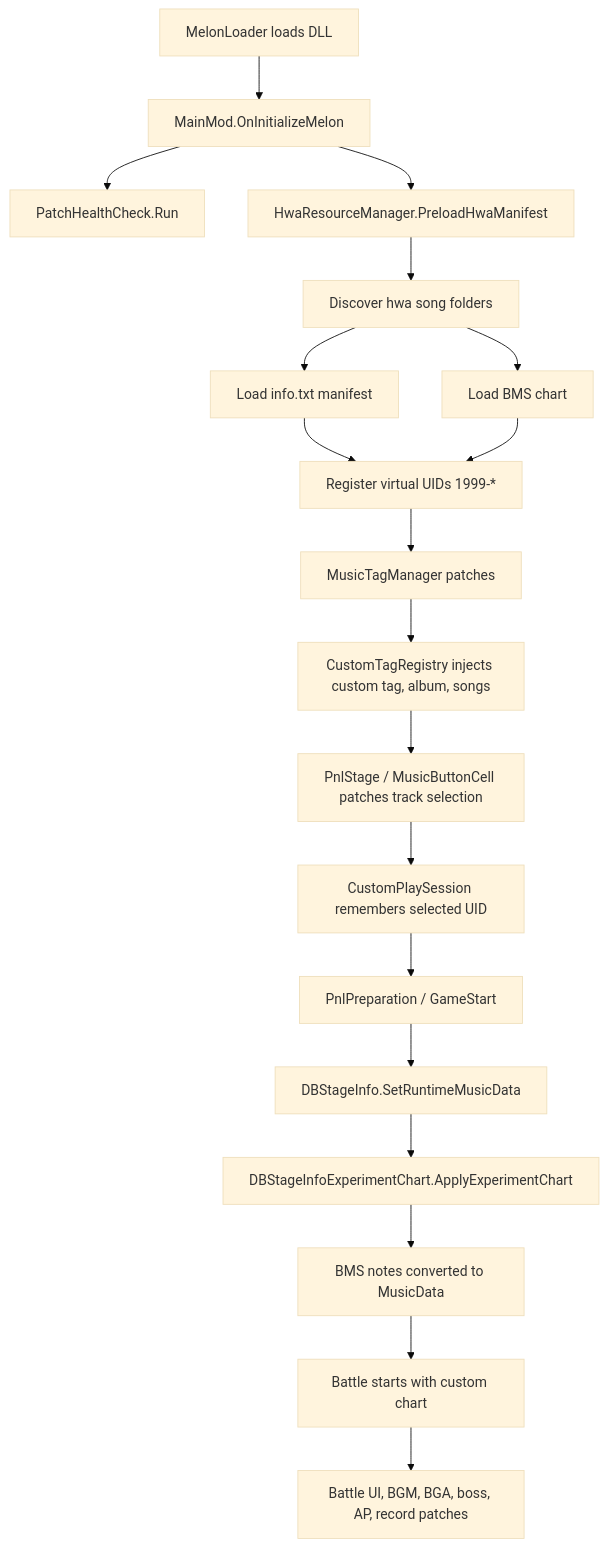
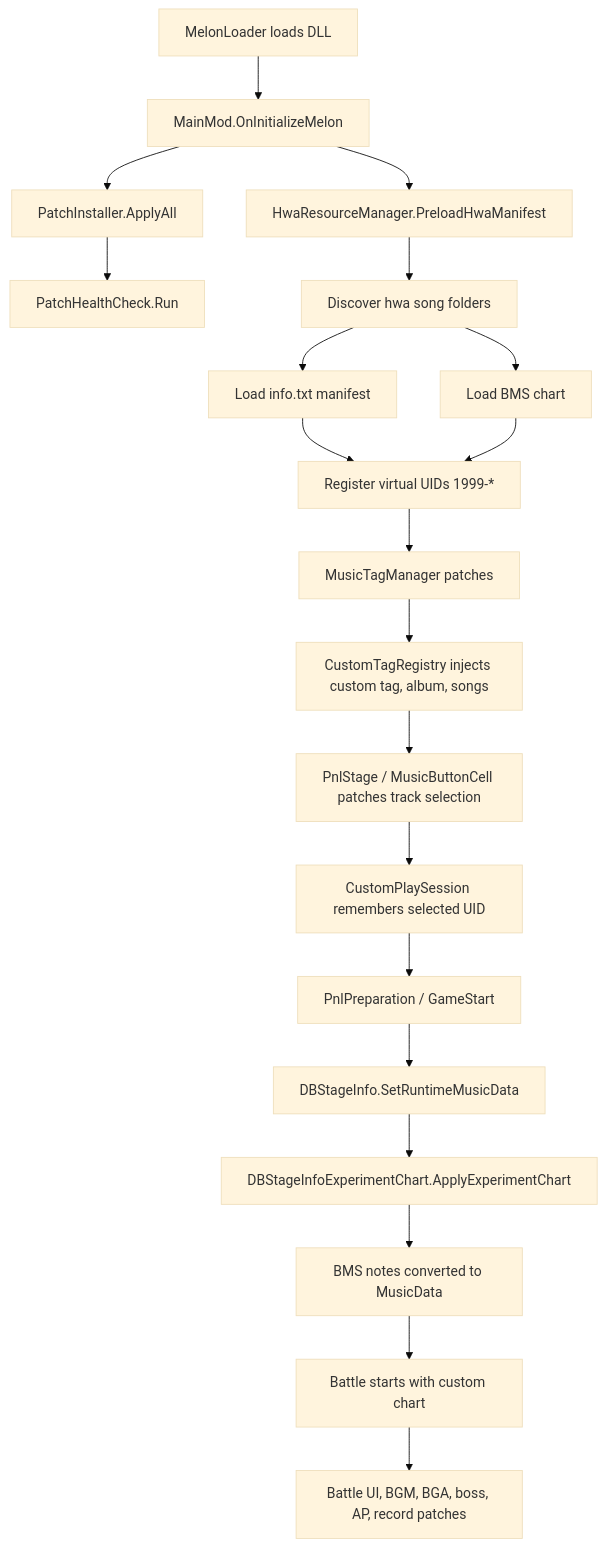
Before and after one commit to magjangin/muse-dash-test: the diagram in docs/architecture/ARCHITECTURE.md, drawn with Mermaid (base theme). The commit also changed other lines of this file and 8 other files, not shown here.

````diff
--- a/docs/architecture/ARCHITECTURE.md
+++ b/docs/architecture/ARCHITECTURE.md
@@ -33,22 +33,23 @@
 ```mermaid
 flowchart TD
     A["MelonLoader loads DLL"] --> B["MainMod.OnInitializeMelon"]
-    B --> C["PatchHealthCheck.Run"]
+    B --> C0["PatchInstaller.ApplyAll"]
+    C0 --> C["PatchHealthCheck.Run"]
     B --> D["HwaResourceManager.PreloadHwaManifest"]
     D --> E["Discover hwa song folders"]
     E --> F["Load info.txt manifest"]
     E --> G["Load BMS chart"]
     F --> H["Register virtual UIDs 1999-*"]
     G --> H
 
     H --> I["MusicTagManager patches"]
     I --> J["CustomTagRegistry injects custom tag, album, songs"]
     J --> K["PnlStage / MusicButtonCell patches track selection"]
     K --> L["CustomPlaySession remembers selected UID"]
     L --> M["PnlPreparation / GameStart"]
     M --> N["DBStageInfo.SetRuntimeMusicData"]
     N --> O["DBStageInfoExperimentChart.ApplyExperimentChart"]
     O --> P["BMS notes converted to MusicData"]
     P --> Q["Battle starts with custom chart"]
     Q --> R["Battle UI, BGM, BGA, boss, AP, record patches"]
 ```
````
